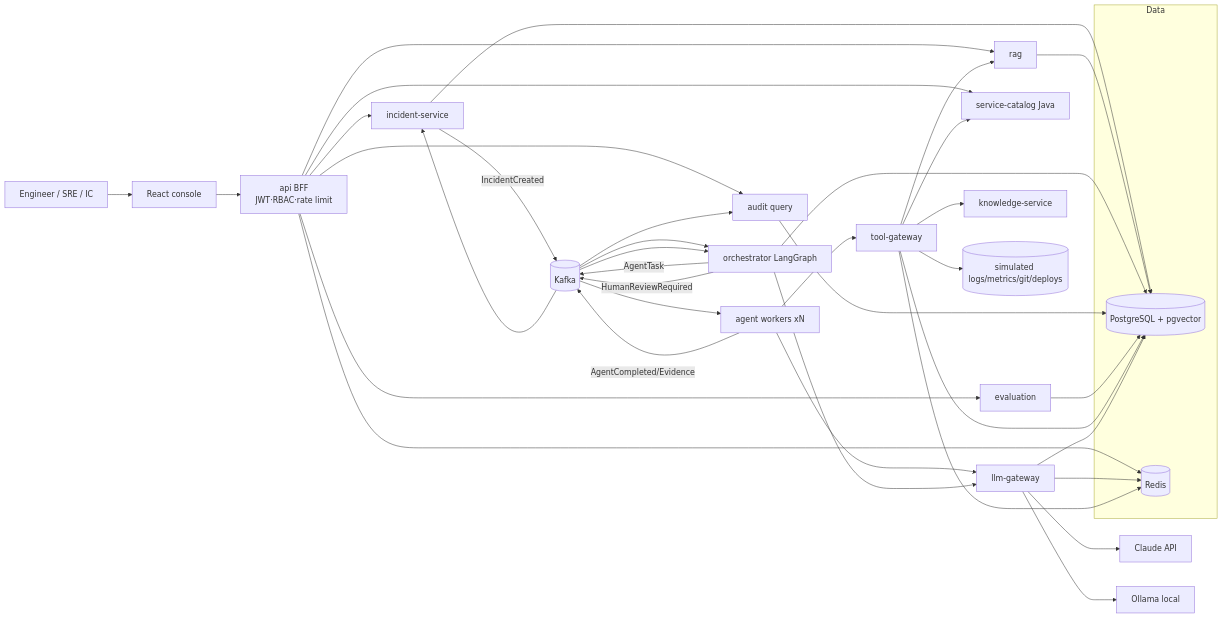
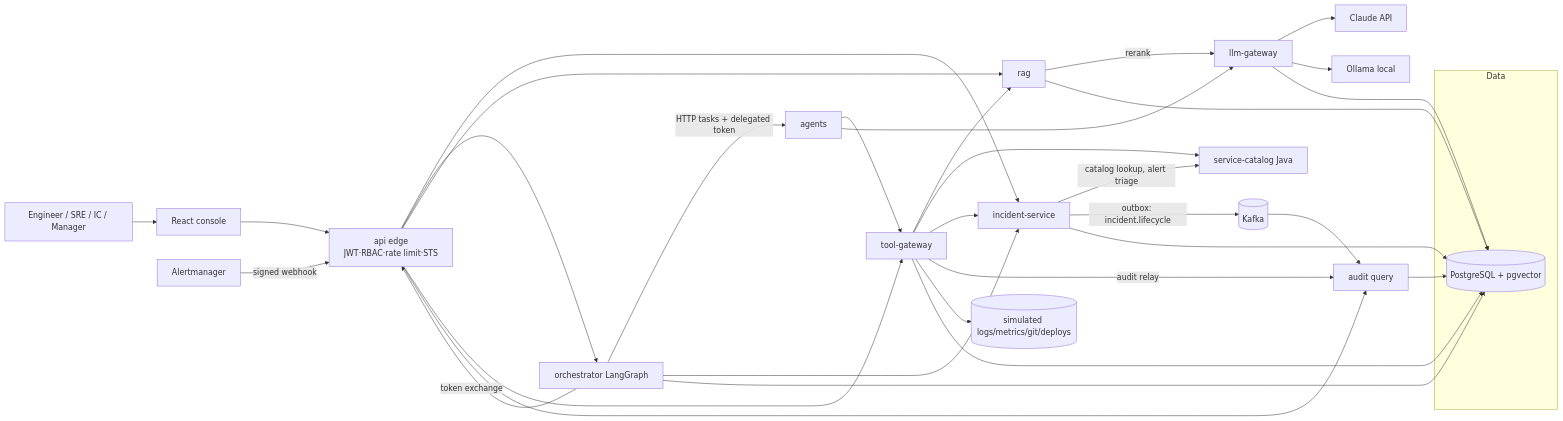
The first of 3 diagrams in architecture.md (erpkb-stack/ai-engineering-platform), drawn with Mermaid before and after one commit. The commit also changed other lines of this file and 30 other files, not shown here.

````diff
--- a/architecture.md
+++ b/architecture.md
@@ -157,33 +165,30 @@
 ```mermaid
 flowchart LR
-  U[Engineer / SRE / IC] --> FE[React console]
-  FE --> API[api BFF\nJWT·RBAC·rate limit]
+  U[Engineer / SRE / IC / Manager] --> FE[React console]
+  AM[Alertmanager] -- signed webhook --> API
+  FE --> API[api edge\nJWT·RBAC·rate limit·STS]
   API --> INC[incident-service]
+  API --> ORCH[orchestrator LangGraph]
   API --> RAG[rag]
-  API --> EVAL[evaluation]
+  API --> TG[tool-gateway]
   API --> AUD[audit query]
-  API --> CAT[service-catalog Java]
-  INC -- IncidentCreated --> K[(Kafka)]
-  K --> ORCH[orchestrator LangGraph]
-  ORCH -- AgentTask --> K
-  K --> AG[agent workers xN]
-  AG -- AgentCompleted/Evidence --> K
-  K --> ORCH
-  ORCH -- HumanReviewRequired --> K --> INC
-  AG --> TG[tool-gateway]
+  INC -- catalog lookup, alert triage --> CAT[service-catalog Java]
+  INC -- outbox: incident.lifecycle --> K[(Kafka)] --> AUD
+  ORCH -- HTTP tasks + delegated token --> AG[agents]
+  ORCH --> INC
+  ORCH -- token exchange --> API
+  AG --> TG
   AG --> LLM[llm-gateway]
-  ORCH --> LLM
+  RAG -- rerank --> LLM
+  TG --> RAG
   TG --> CAT
-  TG --> KS[knowledge-service]
-  TG --> RAG
+  TG --> INC
+  TG -- audit relay --> AUD
   TG --> SIM[(simulated logs/metrics/git/deploys)]
   LLM --> P1[Claude API]
   LLM --> P2[Ollama local]
-  K --> AUD
   subgraph Data
     PG[(PostgreSQL + pgvector)]
-    R[(Redis)]
   end
-  INC & RAG & ORCH & AUD & EVAL & TG & LLM --> PG
-  API & LLM & TG --> R
+  INC & RAG & ORCH & AUD & TG & LLM --> PG
 ```
````
